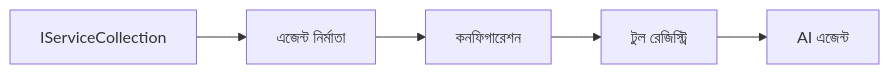
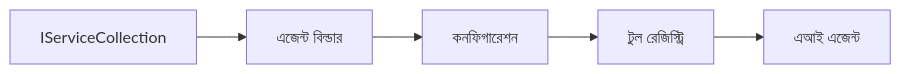
The diagram in translations/bn/03-agentic-design-patterns/code_samples/03-dotnet-agent-framework.md (venturemavenwill/azureaifundamentals), drawn with Mermaid before and after one commit. The commit also changed other lines of this file and 2002 other files, not shown here.

````diff
--- a/translations/bn/03-agentic-design-patterns/code_samples/03-dotnet-agent-framework.md
+++ b/translations/bn/03-agentic-design-patterns/code_samples/03-dotnet-agent-framework.md
@@ -41,7 +41,7 @@
 ```mermaid
 graph LR
-    A[IServiceCollection] --> B[এজেন্ট নির্মাতা]
+    A[IServiceCollection] --> B[এজেন্ট বিল্ডার]
     B --> C[কনফিগারেশন]
     C --> D[টুল রেজিস্ট্রি]
-    D --> E[AI এজেন্ট]
+    D --> E[এআই এজেন্ট]
 ```
````
